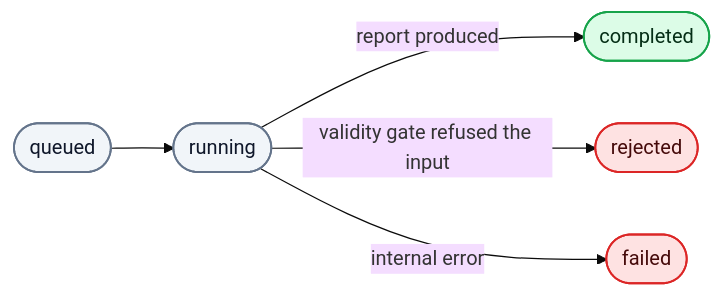
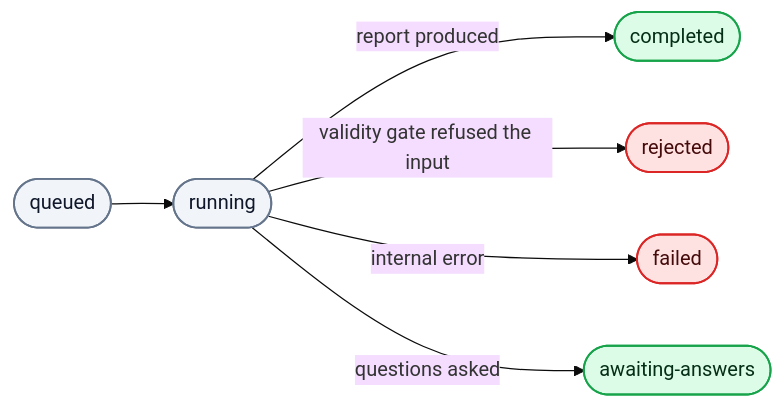
Before and after one commit to mstarks01/work-agent: the diagram in docs/HTTP-API.md, drawn with Mermaid (base theme). The commit also changed other lines of this file and 9 other files, not shown here.

````diff
--- a/docs/HTTP-API.md
+++ b/docs/HTTP-API.md
@@ -70,14 +70,15 @@
 ```mermaid
 flowchart LR
     queued([queued]) --> running([running])
     running -- report produced --> completed([completed])
     running -- validity gate refused the input --> rejected([rejected])
     running -- internal error --> failed([failed])
+    running -- questions asked --> awaiting([awaiting-answers])
 
     classDef live fill:#f1f5f9,stroke:#64748b,stroke-width:1.5px,color:#0f172a
     classDef good fill:#dcfce7,stroke:#16a34a,stroke-width:1.5px,color:#052e16
     classDef bad fill:#fee2e2,stroke:#dc2626,stroke-width:1.5px,color:#450a0a
     class queued,running live
-    class completed good
+    class completed,awaiting good
     class rejected,failed bad
 ```
````
